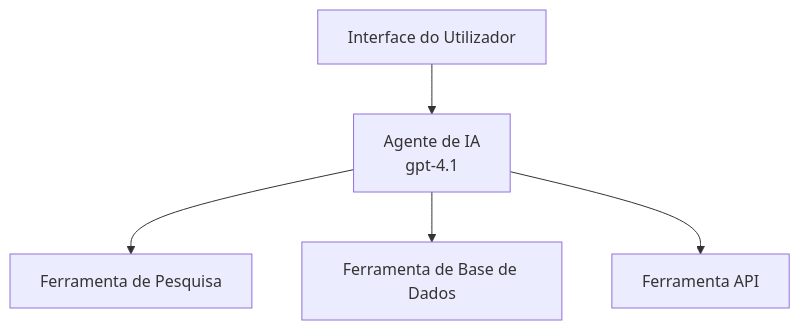
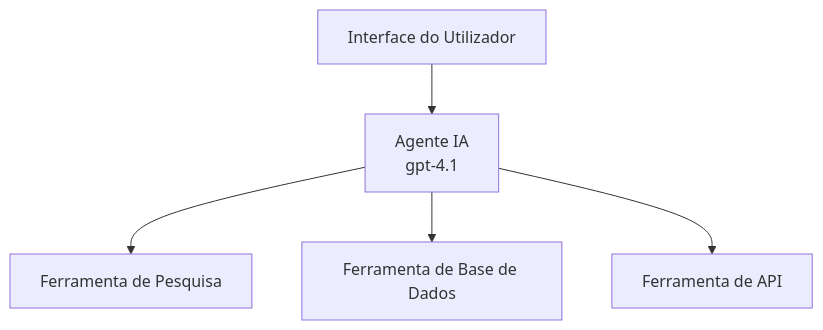
The first of 3 diagrams in translations/pt-PT/docs/chapter-02-ai-development/agents.md (microsoft/AZD-for-beginners), drawn with Mermaid before and after one commit. The commit also changed other lines of this file and 104 other files, not shown here.

````diff
--- a/translations/pt-PT/docs/chapter-02-ai-development/agents.md
+++ b/translations/pt-PT/docs/chapter-02-ai-development/agents.md
@@ -157,7 +162,7 @@
 ```mermaid
 graph TD
-    UI[Interface do Utilizador] --> Agent[Agente de IA<br/>gpt-4.1]
+    UI[Interface do Utilizador] --> Agent[Agente IA<br/>gpt-4.1]
     Agent --> Search[Ferramenta de Pesquisa]
     Agent --> Database[Ferramenta de Base de Dados]
-    Agent --> API[Ferramenta API]
+    Agent --> API[Ferramenta de API]
 ```
````
